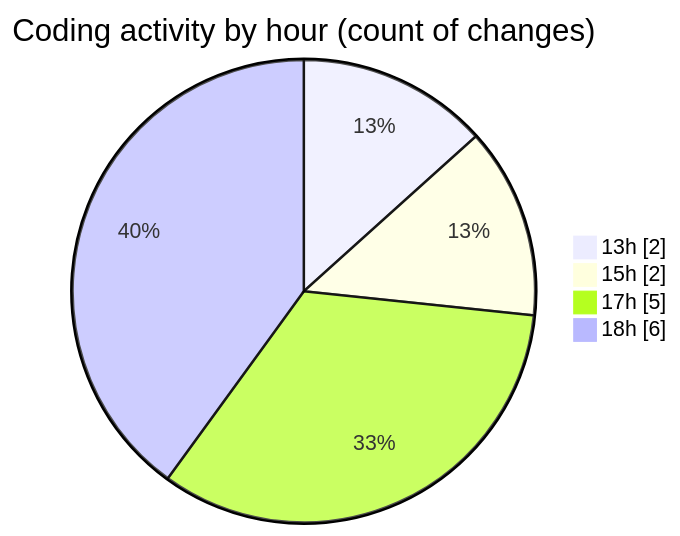
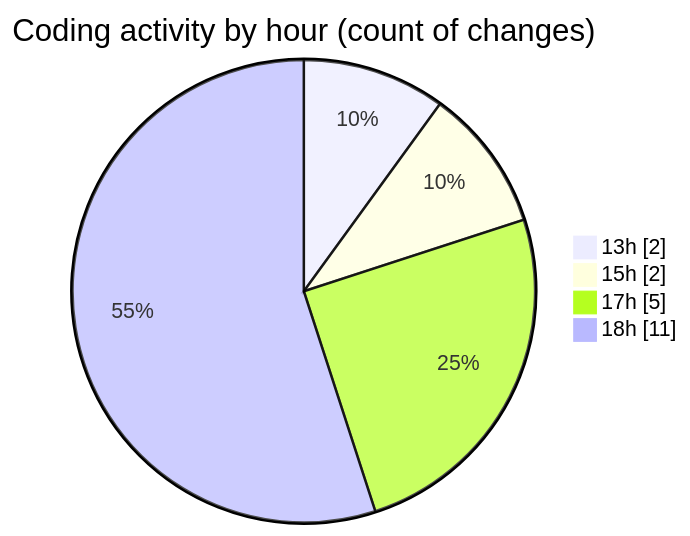
The second of 2 diagrams in 2025-06-23/archive/README.md (JenPaints/code-tracking), drawn with Mermaid before and after one commit. The commit also changed other lines of this file and 1 other file, not shown here.

````diff
--- a/2025-06-23/archive/README.md
+++ b/2025-06-23/archive/README.md
@@ -37,8 +37,8 @@
 ```mermaid
 pie showData
 title Coding activity by hour (count of changes)
 "13h" : 2
 "15h" : 2
 "17h" : 5
-"18h" : 6
+"18h" : 11
 ```
````
